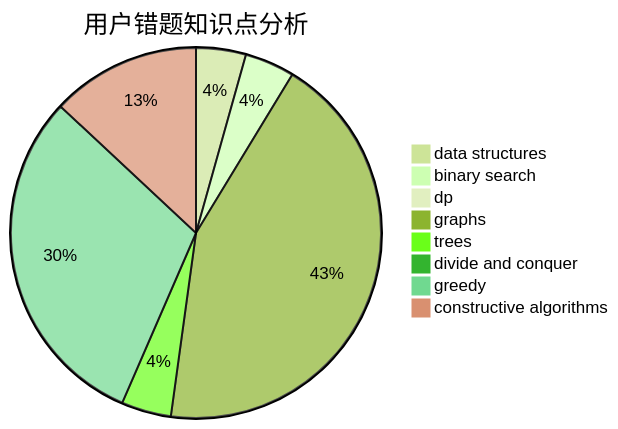
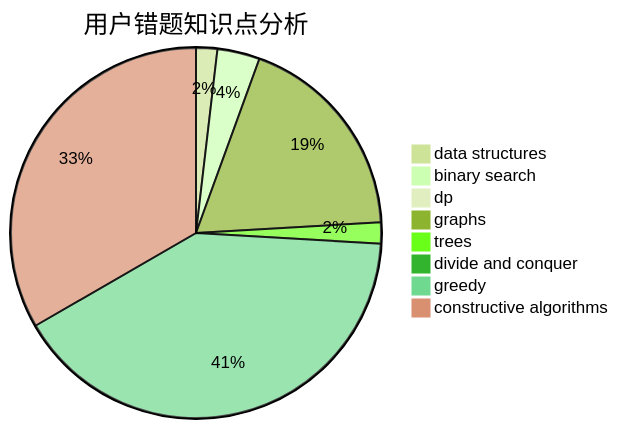
The third of 3 diagrams in docs/user/u1815.md (sherpahu/cfrs.github.io), drawn with Mermaid (forest theme) before and after one commit. The commit also changed other lines of this file and 2770 other files, not shown here.

````diff
--- a/docs/user/u1815.md
+++ b/docs/user/u1815.md
@@ -36,11 +36,11 @@
 ```mermaid
 pie title 用户错题知识点分析
     "data structures" :  1
-    "binary search" :  1
+    "binary search" :  2
     "dp" :  0
     "graphs" :  10
     "trees" :  1
     "divide and conquer" :  0
-    "greedy" :  7
-    "constructive algorithms" :  3
+    "greedy" :  22
+    "constructive algorithms" :  18
 ```
````
